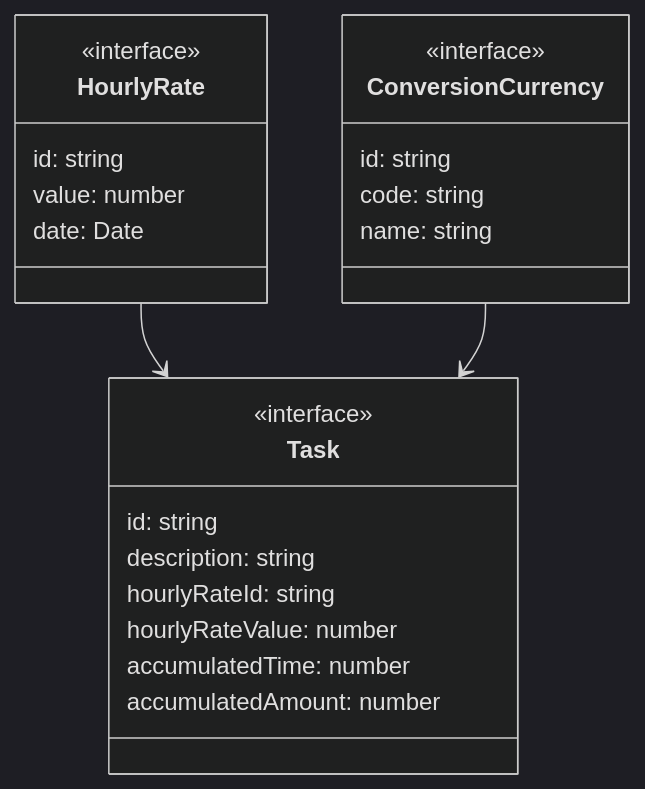
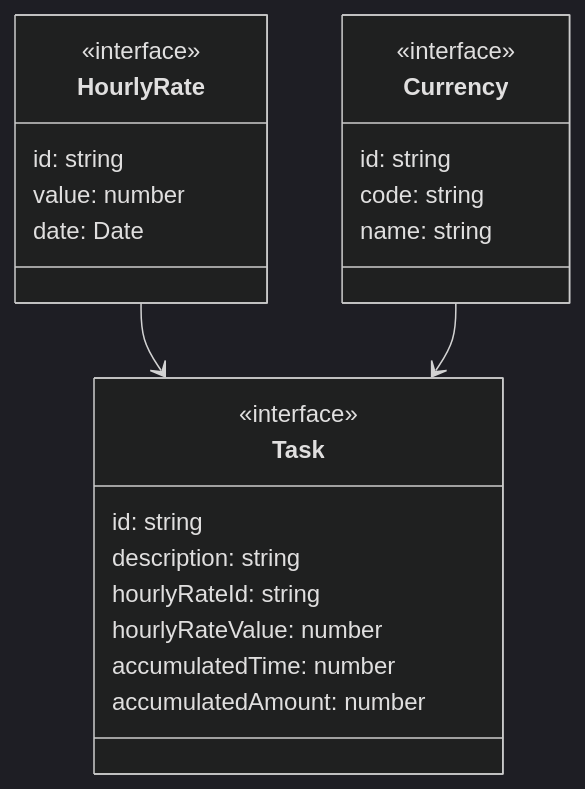
One commit to gitchaell/work-tracker changed the diagram in README.md. Above: the diagram before and after it, drawn with Mermaid (dark theme). The commit also changed other lines of this file and 10 other files, not shown here.

Commit message:
setup: flowbite

````diff
--- a/README.md
+++ b/README.md
@@ -65,29 +68,29 @@
 ```mermaid
 classDiagram
   class HourlyRate{
     <<interface>>
     id: string
     value: number
     date: Date
   }
 
-  class ConversionCurrency{
+  class Currency{
     <<interface>>
     id: string
     code: string
     name: string
   }
 
   class Task{
     <<interface>>
     id: string
     description: string
     hourlyRateId: string
     hourlyRateValue: number
     accumulatedTime: number
     accumulatedAmount: number
   }
 
   HourlyRate --> Task
-  ConversionCurrency --> Task
+  Currency --> Task
 ```
````
